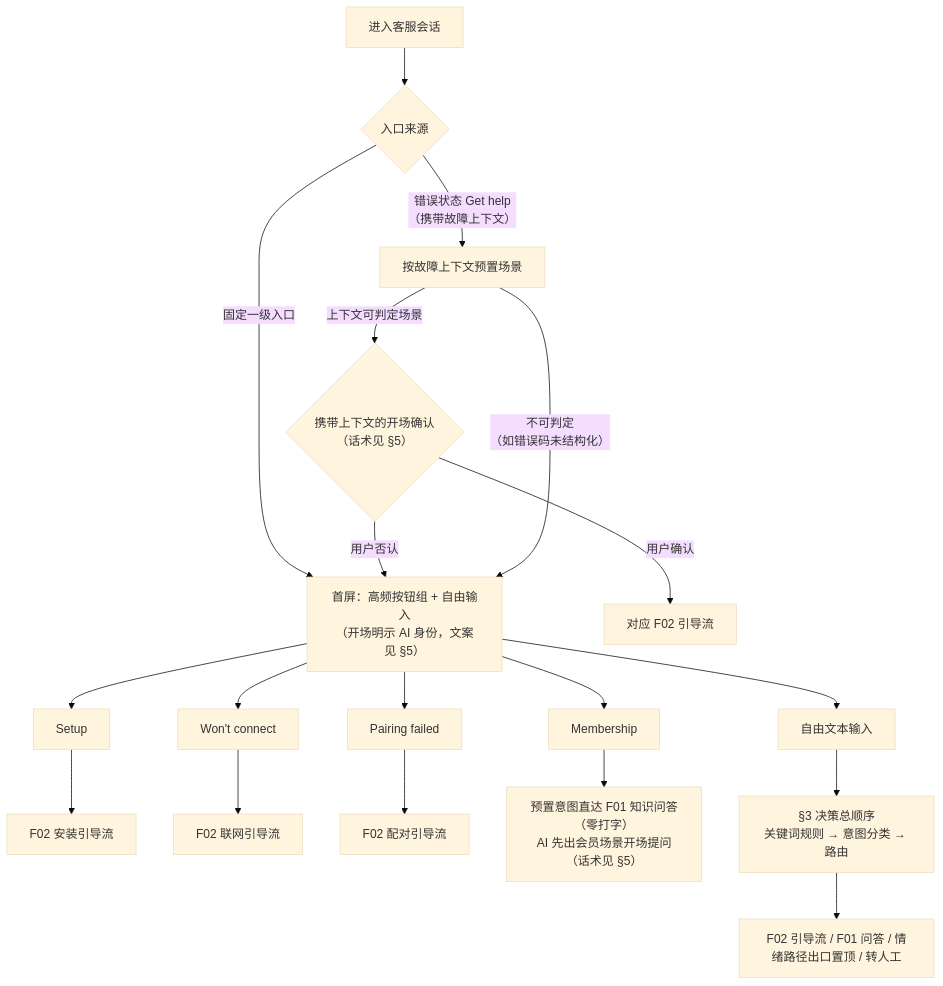
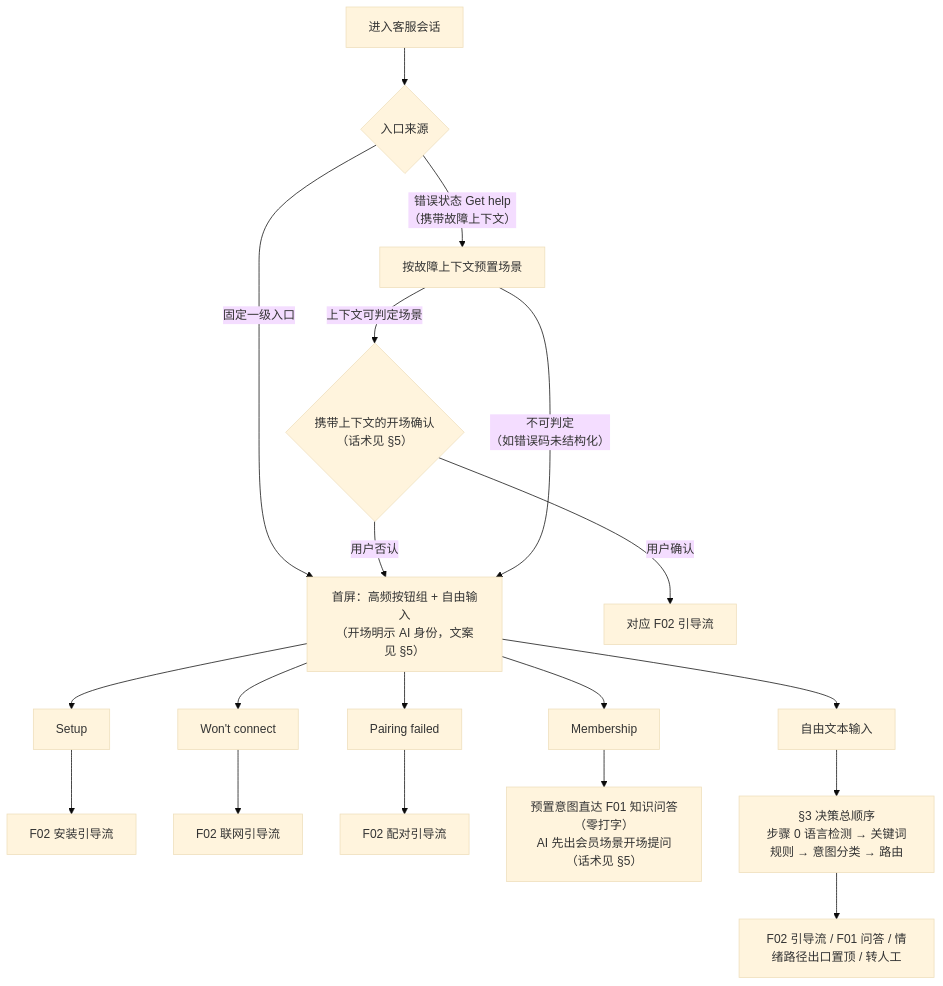
The fourth of 7 diagrams in COOLFLY智能客服/output/PRD详细版.md (ChangMing-Luo/COOLFLY-AISupportAgent), drawn with Mermaid (base theme) before and after one commit. The commit also changed other lines of this file and 4 other files, not shown here.

````diff
--- a/COOLFLY智能客服/output/PRD详细版.md
+++ b/COOLFLY智能客服/output/PRD详细版.md
@@ -781,21 +794,21 @@
 ```mermaid
 flowchart TD
     ENT["进入客服会话"] --> SRC{"入口来源"}
     SRC -->|"固定一级入口"| HOME["首屏：高频按钮组 + 自由输入<br/>（开场明示 AI 身份，文案见 §5）"]
     SRC -->|"错误状态 Get help<br/>（携带故障上下文）"| CTX["按故障上下文预置场景"]
     HOME --> B1["Setup"]
     HOME --> B2["Won't connect"]
     HOME --> B3["Pairing failed"]
     HOME --> B4["Membership"]
     HOME --> FT["自由文本输入"]
     B1 --> F02A["F02 安装引导流"]
     B2 --> F02B["F02 联网引导流"]
     B3 --> F02C["F02 配对引导流"]
     B4 --> F01M["预置意图直达 F01 知识问答（零打字）<br/>AI 先出会员场景开场提问（话术见 §5）"]
     CTX -->|"上下文可判定场景"| CFM{"携带上下文的开场确认<br/>（话术见 §5）"}
     CFM -->|"用户确认"| F02X["对应 F02 引导流"]
     CFM -->|"用户否认"| HOME
     CTX -->|"不可判定<br/>（如错误码未结构化）"| HOME
-    FT --> DEC["§3 决策总顺序<br/>关键词规则 → 意图分类 → 路由"]
+    FT --> DEC["§3 决策总顺序<br/>步骤 0 语言检测 → 关键词规则 → 意图分类 → 路由"]
     DEC --> OUT["F02 引导流 / F01 问答 / 情绪路径出口置顶 / 转人工"]
 ```
````
